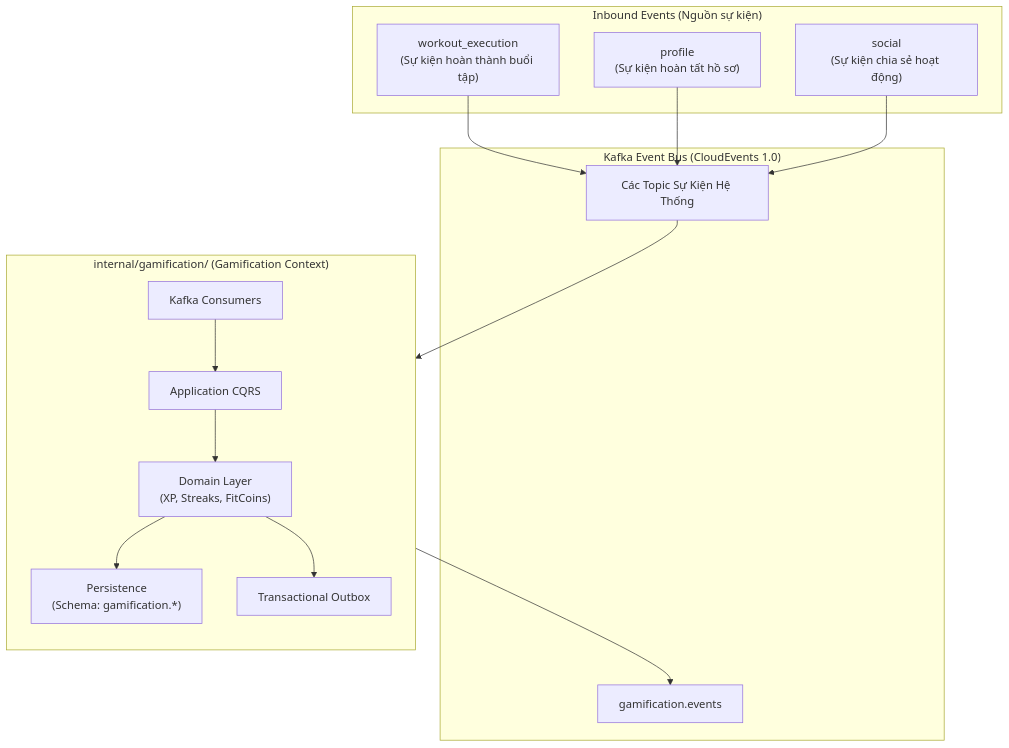
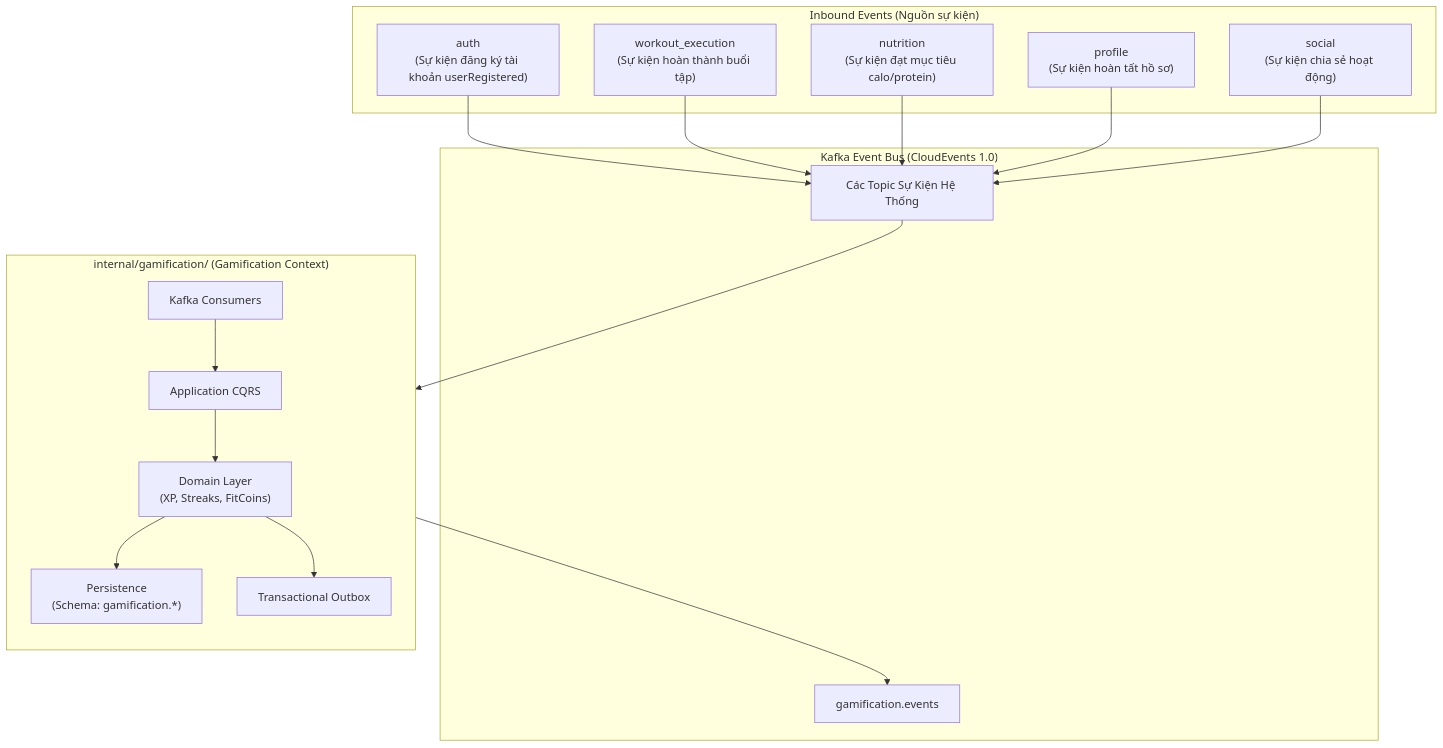
Before and after one commit to viethung213/gym-companion: the diagram in internal/gamification/docs/architecture.md, drawn with Mermaid. The commit also changed other lines of this file and 2 other files, not shown here.

Commit message:
:memo: docs(gamification): bo sung co che khoi tao ho so tuc thi qua userRegistered consumer

````diff
--- a/internal/gamification/docs/architecture.md
+++ b/internal/gamification/docs/architecture.md
@@ -13,27 +13,29 @@
 ```mermaid
 flowchart TD
     subgraph CoreDomains["Inbound Events (Nguồn sự kiện)"]
+        AU["auth<br/>(Sự kiện đăng ký tài khoản userRegistered)"]
         WE["workout_execution<br/>(Sự kiện hoàn thành buổi tập)"]
+        NU["nutrition<br/>(Sự kiện đạt mục tiêu calo/protein)"]
         PR["profile<br/>(Sự kiện hoàn tất hồ sơ)"]
         SO["social<br/>(Sự kiện chia sẻ hoạt động)"]
     end
 
     subgraph EventBus["Kafka Event Bus (CloudEvents 1.0)"]
         TOPIC_IN["Các Topic Sự Kiện Hệ Thống"]
         TOPIC_GA["gamification.events"]
     end
 
     subgraph GamificationContext["internal/gamification/ (Gamification Context)"]
         direction TB
         G_CONSUMER["Kafka Consumers"]
         G_APP["Application CQRS"]
         G_DOMAIN["Domain Layer<br/>(XP, Streaks, FitCoins)"]
         G_REPO["Persistence<br/>(Schema: gamification.*)"]
         G_OUTBOX["Transactional Outbox"]
     end
 
-    WE & PR & SO --> TOPIC_IN
+    AU & WE & NU & PR & SO --> TOPIC_IN
     TOPIC_IN --> G_CONSUMER
     G_CONSUMER --> G_APP --> G_DOMAIN --> G_REPO
     G_DOMAIN --> G_OUTBOX --> TOPIC_GA
 ```
````
